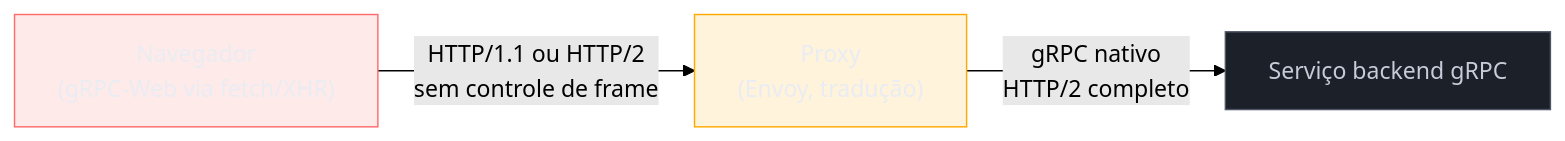
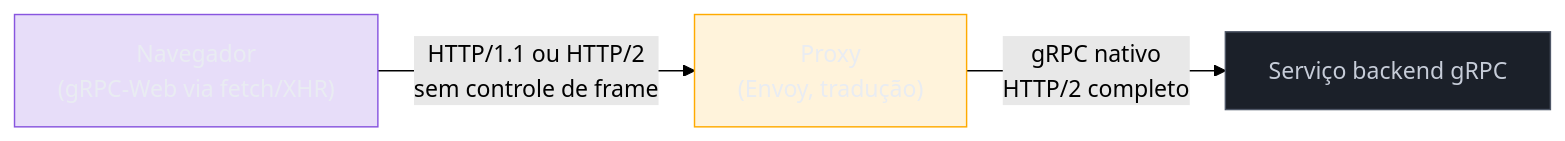
One commit to josenaldo/codex-technomanticus changed the fourth of 4 diagrams in 03-Dominios/Engenharia/Comunicação entre Sistemas/2 - Comunicação síncrona/05 - gRPC — Protobuf, HTTP2 e streaming.md. Above: the diagram before and after it, drawn with Mermaid (forest theme). The commit also changed other lines of this file and 601 other files, not shown here.

````diff
--- a/03-Dominios/Engenharia/Comunicação entre Sistemas/2 - Comunicação síncrona/05 - gRPC — Protobuf, HTTP2 e streaming.md
+++ b/03-Dominios/Engenharia/Comunicação entre Sistemas/2 - Comunicação síncrona/05 - gRPC — Protobuf, HTTP2 e streaming.md
@@ -221,11 +221,11 @@
 ```mermaid
 graph LR
-    classDef falha fill:#FF6B6B24,stroke:#FF6B6B,color:#E9ECF2
+    classDef marca fill:#8855DF33,stroke:#8855DF,color:#E9ECF2
     classDef destaque fill:#FFAA0024,stroke:#FFAA00,color:#E9ECF2
     classDef neutro fill:#1B2029,stroke:#4E5666,color:#C6CCD8
     Browser["Navegador<br/>(gRPC-Web via fetch/XHR)"] -->|"HTTP/1.1 ou HTTP/2<br/>sem controle de frame"| Proxy["Proxy<br/>(Envoy, tradução)"]
     Proxy -->|"gRPC nativo<br/>HTTP/2 completo"| Backend["Serviço backend gRPC"]
-    class Browser falha
+    class Browser marca
     class Proxy destaque
     class Backend neutro
 ```
````
